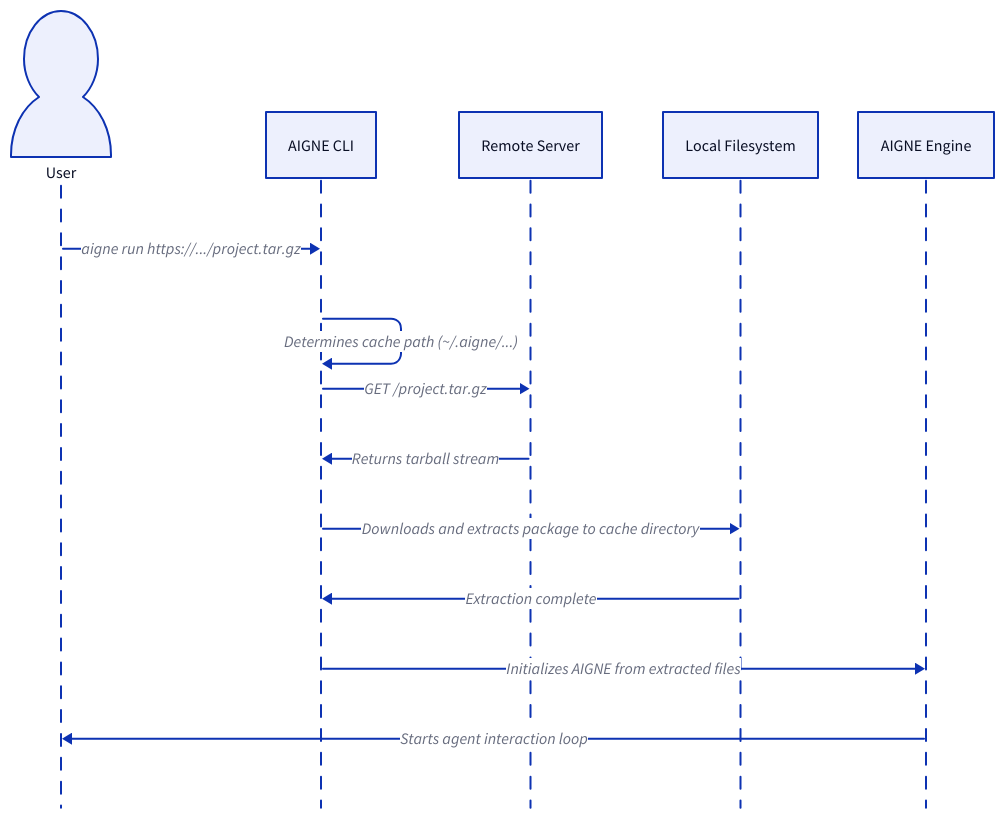
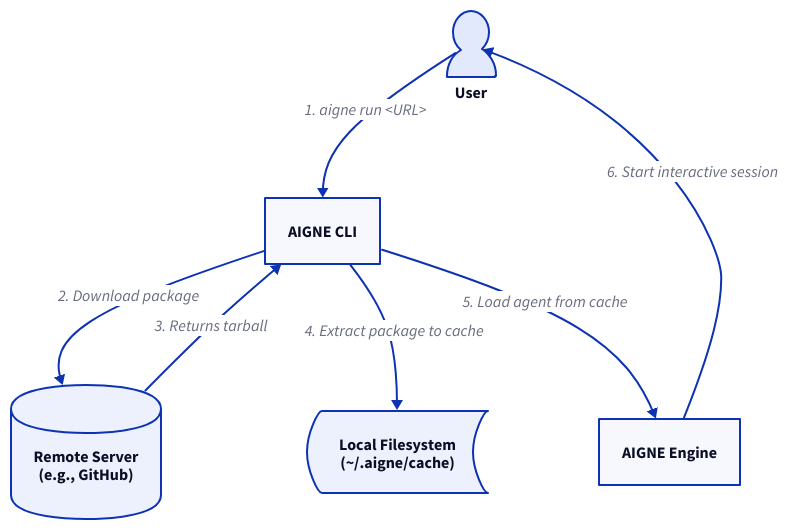
The diagram in packages/cli/docs/guides-running-remote-agents.md (AIGNE-io/aigne-framework), drawn with D2 before and after one commit. The commit also changed 38 other files, not shown here.

````diff
--- a/packages/cli/docs/guides-running-remote-agents.md
+++ b/packages/cli/docs/guides-running-remote-agents.md
@@ -33,20 +33,35 @@
 ```d2
 direction: down
 
-shape: sequence_diagram
+User: { 
+  shape: person 
+}
 
-User: { shape: person }
-AIGNE_CLI: "AIGNE CLI"
-RemoteServer: "Remote Server"
-FileSystem: "Local Filesystem"
-AIGNE_Engine: "AIGNE Engine"
+AIGNE-CLI: {
+  label: "AIGNE CLI"
+  shape: rectangle
+}
 
-User -> AIGNE_CLI: "aigne run https://.../project.tar.gz"
-AIGNE_CLI -> AIGNE_CLI: "Determines cache path (~/.aigne/...)"
-AIGNE_CLI -> RemoteServer: "GET /project.tar.gz"
-RemoteServer -> AIGNE_CLI: "Returns tarball stream"
-AIGNE_CLI -> FileSystem: "Downloads and extracts package to cache directory"
-FileSystem -> AIGNE_CLI: "Extraction complete"
-AIGNE_CLI -> AIGNE_Engine: "Initializes AIGNE from extracted files"
-AIGNE_Engine -> User: "Starts agent interaction loop"
+Remote-Server: {
+  label: "Remote Server\n(e.g., GitHub)"
+  shape: cylinder
+}
+
+Local-Cache: {
+  label: "Local Filesystem\n(~/.aigne/cache)"
+  shape: stored_data
+}
+
+AIGNE-Engine: {
+  label: "AIGNE Engine"
+  shape: rectangle
+}
+
+User -> AIGNE-CLI: "1. aigne run <URL>"
+AIGNE-CLI -> Remote-Server: "2. Download package"
+Remote-Server -> AIGNE-CLI: "3. Returns tarball"
+AIGNE-CLI -> Local-Cache: "4. Extract package to cache"
+AIGNE-CLI -> AIGNE-Engine: "5. Load agent from cache"
+AIGNE-Engine -> User: "6. Start interactive session"
+
 ```
````
